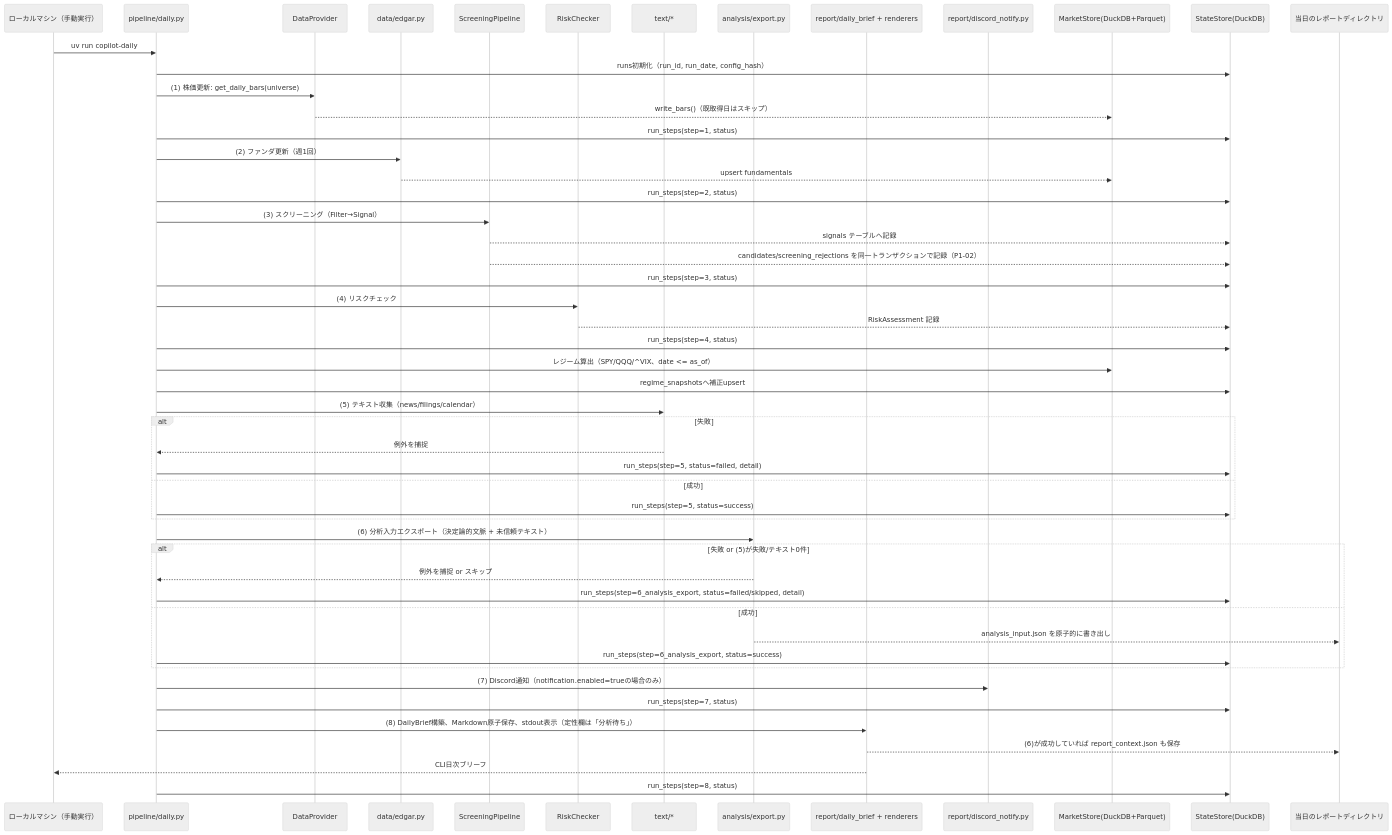
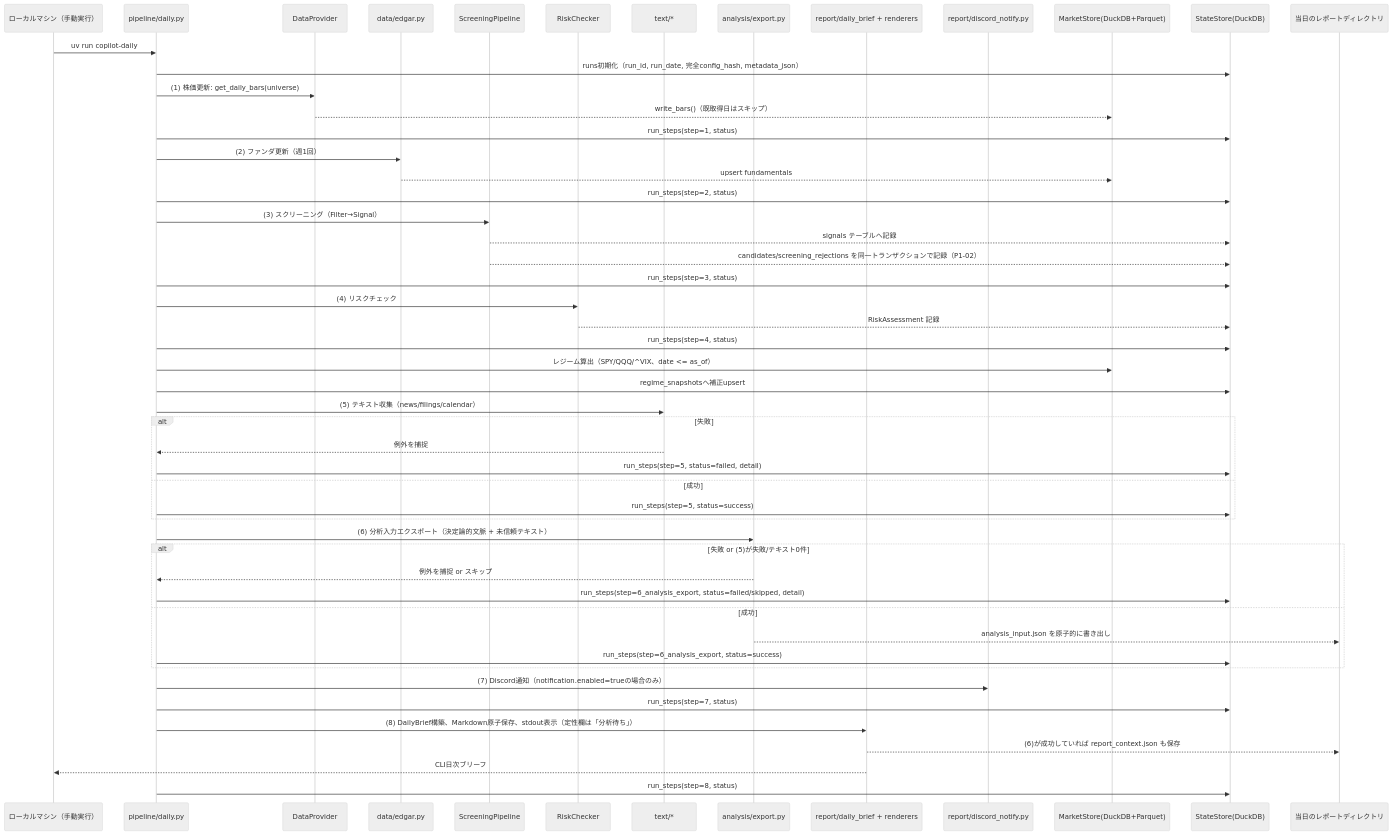
Before and after one commit to tomada1114/swing-copilot: the second of 3 diagrams in docs/03_basic_design.md, drawn with Mermaid (neutral theme). The commit also changed other lines of this file and 14 other files, not shown here.

````diff
--- a/docs/03_basic_design.md
+++ b/docs/03_basic_design.md
@@ -171,64 +171,64 @@
 ```mermaid
 sequenceDiagram
     participant Local as ローカルマシン（手動実行）
     participant D as pipeline/daily.py
     participant DP as DataProvider
     participant EDG as data/edgar.py
     participant SCR as ScreeningPipeline
     participant RC as RiskChecker
     participant TXT as text/*
     participant EXP as analysis/export.py
     participant OUT as report/daily_brief + renderers
     participant DC as report/discord_notify.py
     participant MS as MarketStore(DuckDB+Parquet)
     participant ST as StateStore(DuckDB)
     participant FS as 当日のレポートディレクトリ
 
     Local->>D: uv run copilot-daily
-    D->>ST: runs初期化（run_id, run_date, config_hash）
+    D->>ST: runs初期化（run_id, run_date, 完全config_hash, metadata_json）
 
     D->>DP: (1) 株価更新: get_daily_bars(universe)
     DP-->>MS: write_bars()（既取得日はスキップ）
     D->>ST: run_steps(step=1, status)
 
     D->>EDG: (2) ファンダ更新（週1回）
     EDG-->>MS: upsert fundamentals
     D->>ST: run_steps(step=2, status)
 
     D->>SCR: (3) スクリーニング（Filter→Signal）
     SCR-->>ST: signals テーブルへ記録
     SCR-->>ST: candidates/screening_rejections を同一トランザクションで記録（P1-02）
     D->>ST: run_steps(step=3, status)
 
     D->>RC: (4) リスクチェック
     RC-->>ST: RiskAssessment 記録
     D->>ST: run_steps(step=4, status)
 
     D->>MS: レジーム算出（SPY/QQQ/^VIX、date <= as_of）
     D->>ST: regime_snapshotsへ補正upsert
 
     D->>TXT: (5) テキスト収集（news/filings/calendar）
     alt 失敗
         TXT-->>D: 例外を捕捉
         D->>ST: run_steps(step=5, status=failed, detail)
     else 成功
         D->>ST: run_steps(step=5, status=success)
     end
 
     D->>EXP: (6) 分析入力エクスポート（決定論的文脈 + 未信頼テキスト）
     alt 失敗 or (5)が失敗/テキスト0件
         EXP-->>D: 例外を捕捉 or スキップ
         D->>ST: run_steps(step=6_analysis_export, status=failed/skipped, detail)
     else 成功
         EXP-->>FS: analysis_input.json を原子的に書き出し
         D->>ST: run_steps(step=6_analysis_export, status=success)
     end
 
     D->>DC: (7) Discord通知（notification.enabled=trueの場合のみ）
     D->>ST: run_steps(step=7, status)
 
     D->>OUT: (8) DailyBrief構築、Markdown原子保存、stdout表示（定性欄は「分析待ち」）
     OUT-->>FS: (6)が成功していれば report_context.json も保存
     OUT-->>Local: CLI日次ブリーフ
     D->>ST: run_steps(step=8, status)
 ```
````
